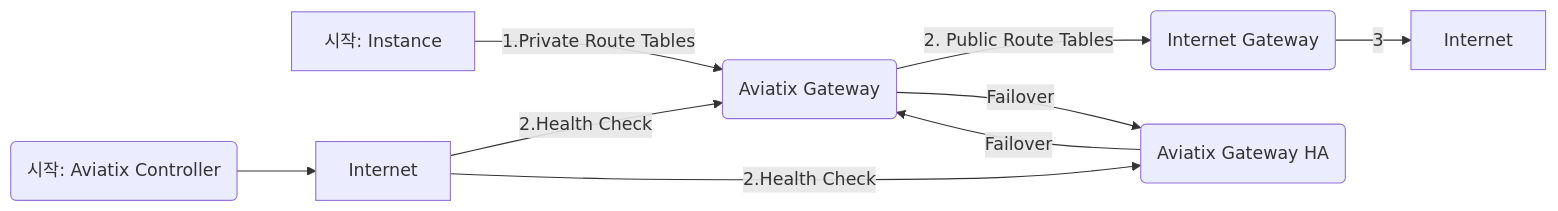
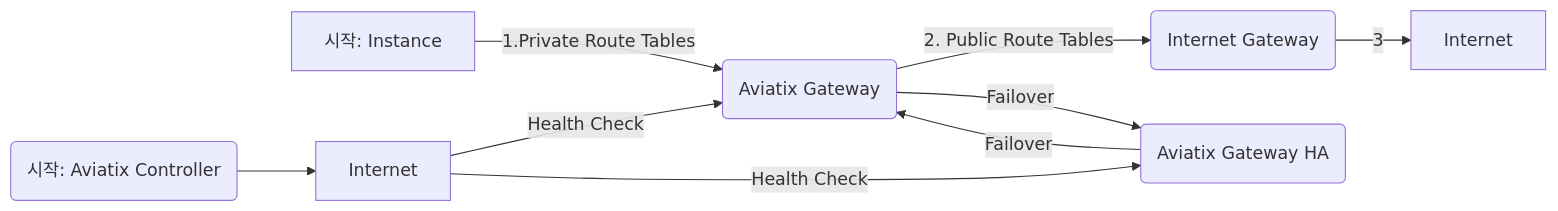
The first of 2 diagrams in _posts/2019-09-02-aviatrix-fqdn.md (socar-inc/socar-inc.github.io), drawn with Mermaid before and after one commit. The commit also changed other lines of this file, not shown here.

Commit message:
readme aviatrix-fqdn diagrams update 5

```diff
--- a/_posts/2019-09-02-aviatrix-fqdn.md
+++ b/_posts/2019-09-02-aviatrix-fqdn.md
@@ -126,11 +126,11 @@
 <div class="mermaid">
 graph LR;
   CLIENT[시작: Instance] -->|1.Private  Route Tables| ag(Aviatix Gateway)
     ag -->|2. Public Route Tables| igw(Internet Gateway)
     igw -->|3| int[Internet]
     ac(시작: Aviatix Controller) --> internet2[Internet]
-    internet2[Internet]-->|2.Health Check| ag
-    internet2[Internet]-->|2.Health Check| agha(Aviatix Gateway HA)
+    internet2[Internet]-->|Health Check| ag
+    internet2[Internet]-->|Health Check| agha(Aviatix Gateway HA)
     ag-->|Failover| agha(Aviatix Gateway HA)
     agha-->|Failover| ag
 </div>
```
